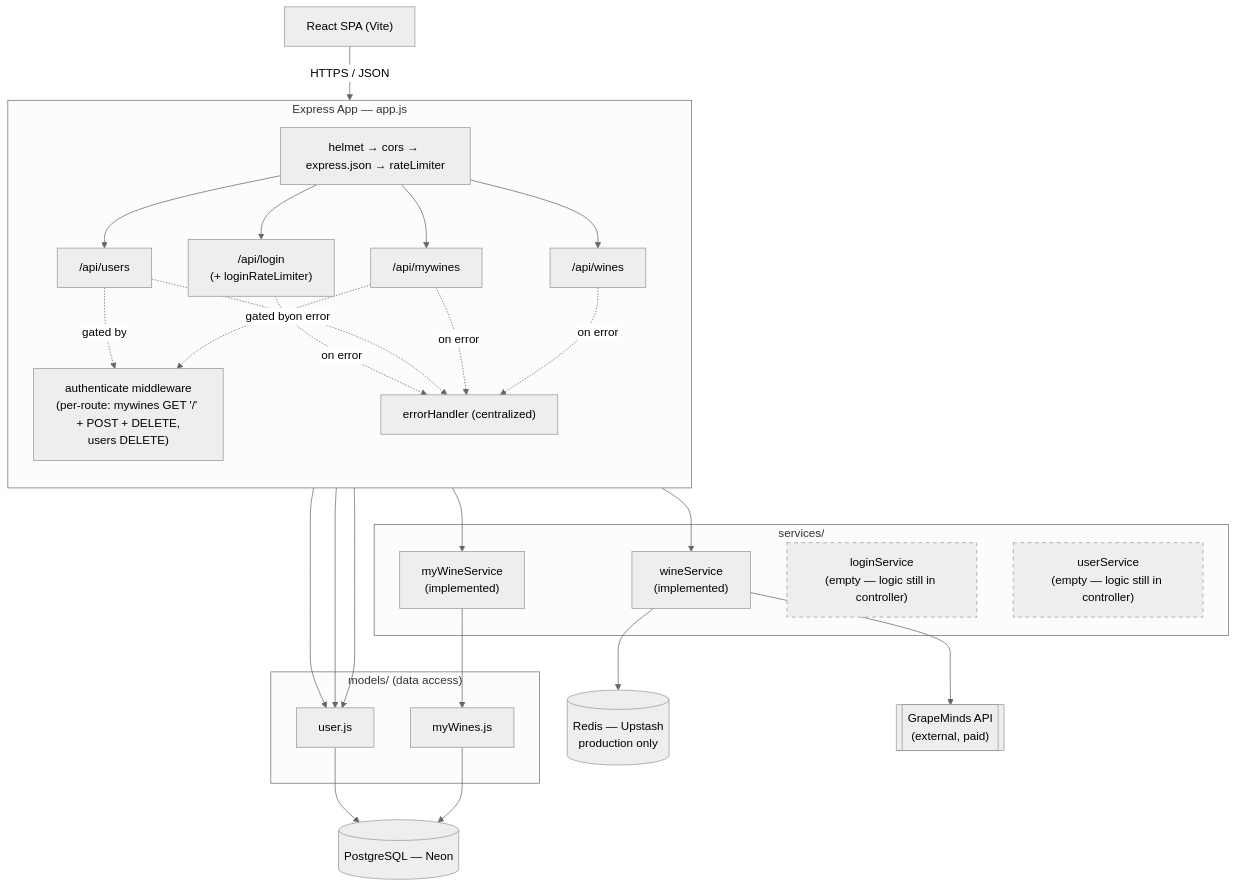
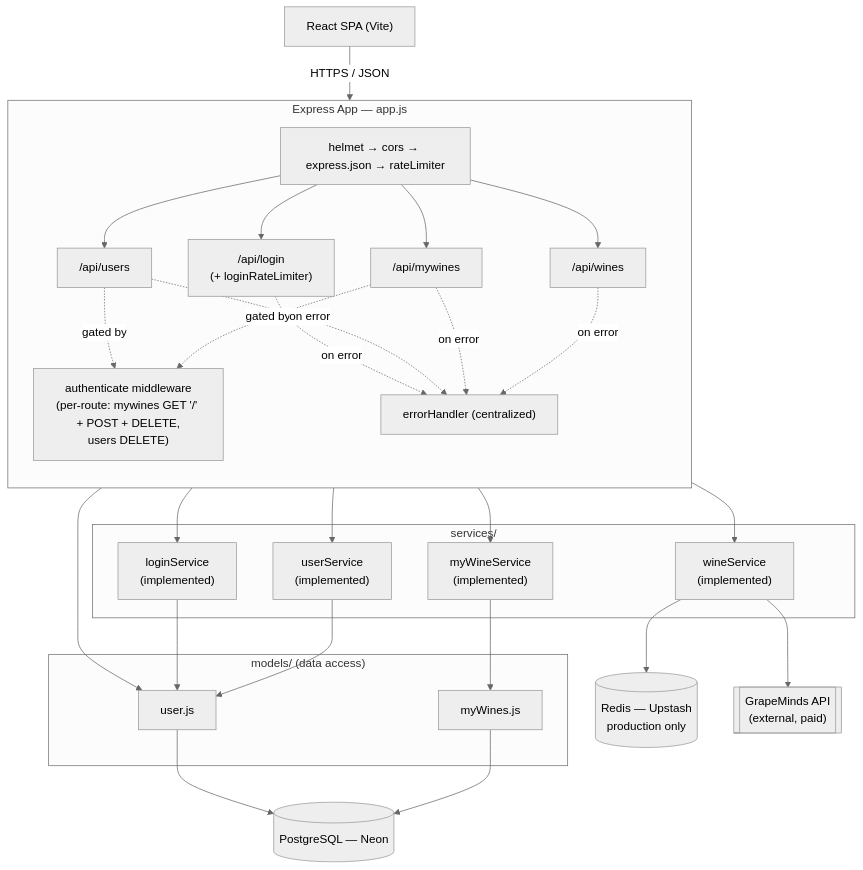
The first of 7 diagrams in back/README.md (vsvala/KnowWine-AI), drawn with Mermaid (neutral theme) before and after one commit. The commit also changed other lines of this file and 3 other files, not shown here.

````diff
--- a/back/README.md
+++ b/back/README.md
@@ -22,57 +22,54 @@
 ```mermaid
 flowchart TB
     FE["React SPA (Vite)"]
 
     subgraph App["Express App — app.js"]
         direction TB
         MW["helmet → cors → express.json → rateLimiter"]
         RLogin["/api/login\n(+ loginRateLimiter)"]
         RUsers["/api/users"]
         RMyWines["/api/mywines"]
         RWines["/api/wines"]
         Auth["authenticate middleware\n(per-route: mywines GET '/' + POST + DELETE,\nusers DELETE)"]
         ErrH["errorHandler (centralized)"]
     end
 
     subgraph Services["services/"]
         MyWinesSvc["myWineService\n(implemented)"]
         WinesSvc["wineService\n(implemented)"]
-        LoginSvc["loginService\n(empty — logic still in controller)"]
-        UserSvc["userService\n(empty — logic still in controller)"]
+        LoginSvc["loginService\n(implemented)"]
+        UserSvc["userService\n(implemented)"]
     end
 
     subgraph Models["models/ (data access)"]
         UserModel["user.js"]
         MyWinesModel["myWines.js"]
     end
 
     PG[("PostgreSQL — Neon")]
     RD[("Redis — Upstash\nproduction only")]
     GM[["GrapeMinds API\n(external, paid)"]]
 
     FE -->|HTTPS / JSON| MW
     MW --> RLogin & RUsers & RMyWines & RWines
 
     RUsers -.gated by.-> Auth
     RMyWines -.gated by.-> Auth
     Auth --> UserModel
 
-    RLogin --> UserModel
-    RUsers --> UserModel
+    RLogin --> LoginSvc --> UserModel
+    RUsers --> UserSvc --> UserModel
     RMyWines --> MyWinesSvc
     MyWinesSvc --> MyWinesModel
     RWines --> WinesSvc
 
     UserModel --> PG
     MyWinesModel --> PG
     WinesSvc --> RD
     WinesSvc --> GM
 
     RLogin -. on error .-> ErrH
     RUsers -. on error .-> ErrH
     RMyWines -. on error .-> ErrH
     RWines -. on error .-> ErrH
-
-    style LoginSvc stroke-dasharray: 5 5
-    style UserSvc stroke-dasharray: 5 5
 ```
````
